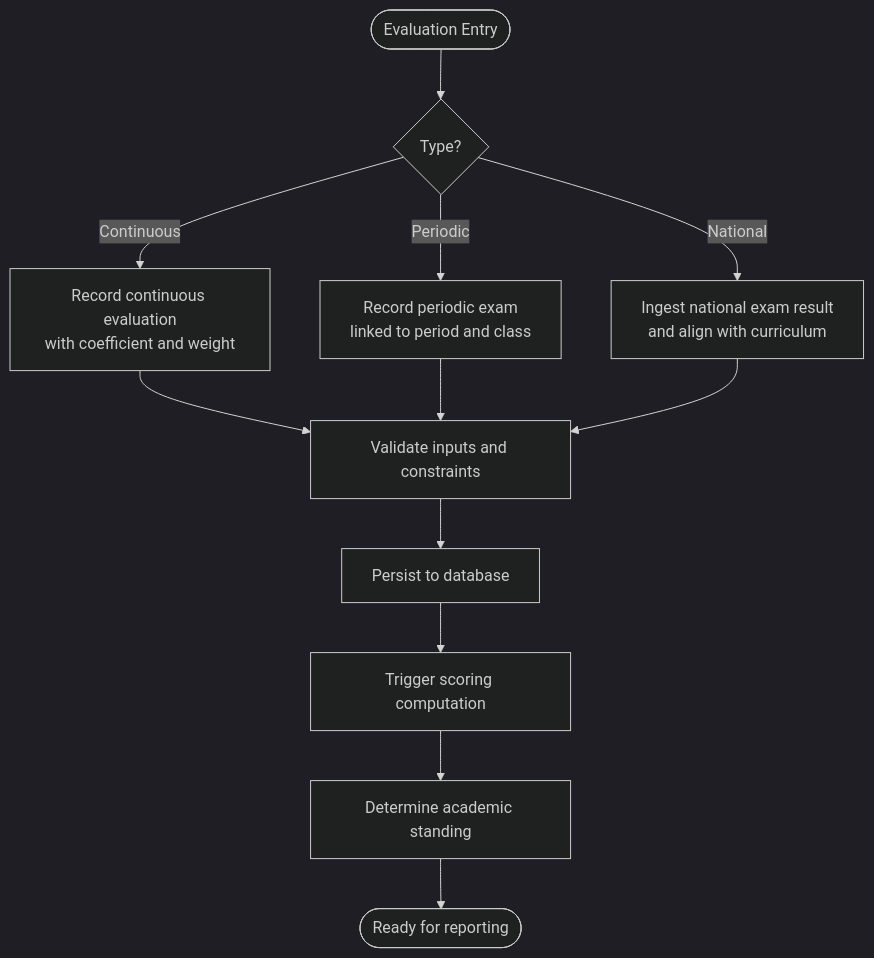
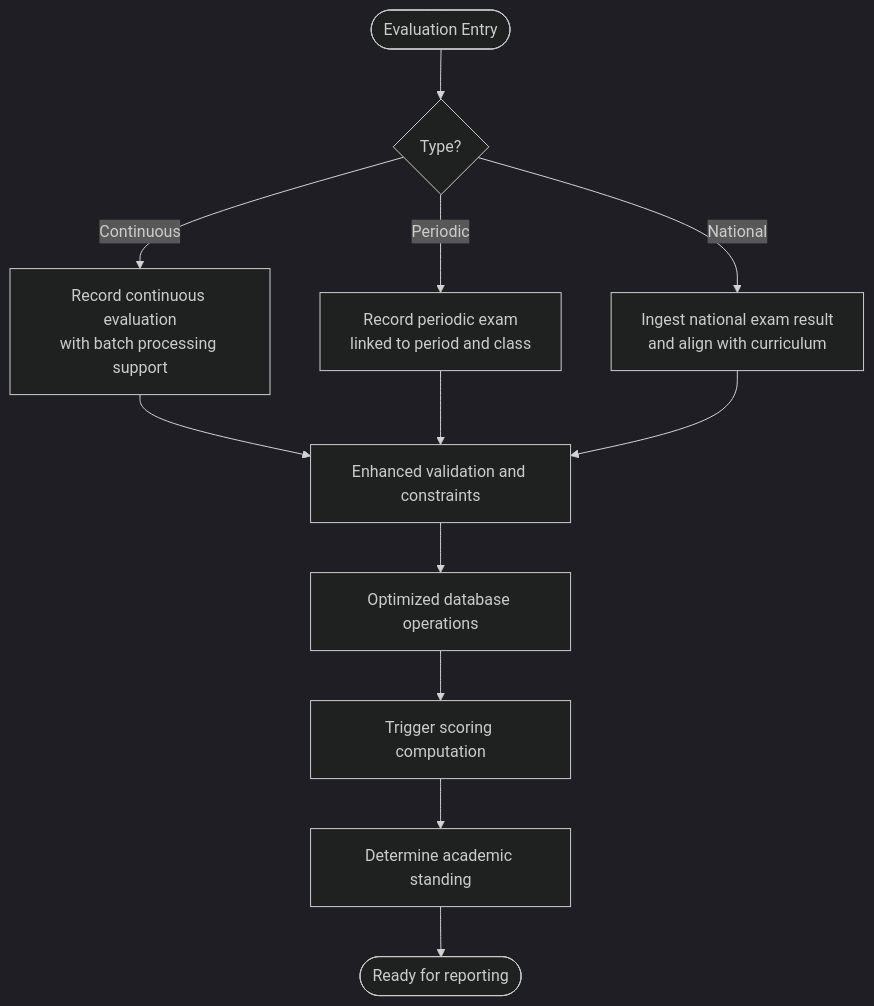
The third of 8 diagrams in .qoder/repowiki/en/content/Academic Management System/Grade & Evaluation System/Grade & Evaluation System.md (franckylab/eLISAschool), drawn with Mermaid (dark theme) before and after one commit. The commit also changed other lines of this file and 21 other files, not shown here.

````diff
--- a/.qoder/repowiki/en/content/Academic Management System/Grade & Evaluation System/Grade & Evaluation System.md
+++ b/.qoder/repowiki/en/content/Academic Management System/Grade & Evaluation System/Grade & Evaluation System.md
@@ -154,14 +162,14 @@
 ```mermaid
 flowchart TD
 Start(["Evaluation Entry"]) --> Type{"Type?"}
-Type --> |Continuous| Cont["Record continuous evaluation<br/>with coefficient and weight"]
+Type --> |Continuous| Cont["Record continuous evaluation<br/>with batch processing support"]
 Type --> |Periodic| Per["Record periodic exam<br/>linked to period and class"]
 Type --> |National| Nat["Ingest national exam result<br/>and align with curriculum"]
-Cont --> Validate["Validate inputs and constraints"]
+Cont --> Validate["Enhanced validation and constraints"]
 Per --> Validate
 Nat --> Validate
-Validate --> Persist["Persist to database"]
+Validate --> Persist["Optimized database operations"]
 Persist --> Compute["Trigger scoring computation"]
 Compute --> Standing["Determine academic standing"]
 Standing --> End(["Ready for reporting"])
 ```
````
